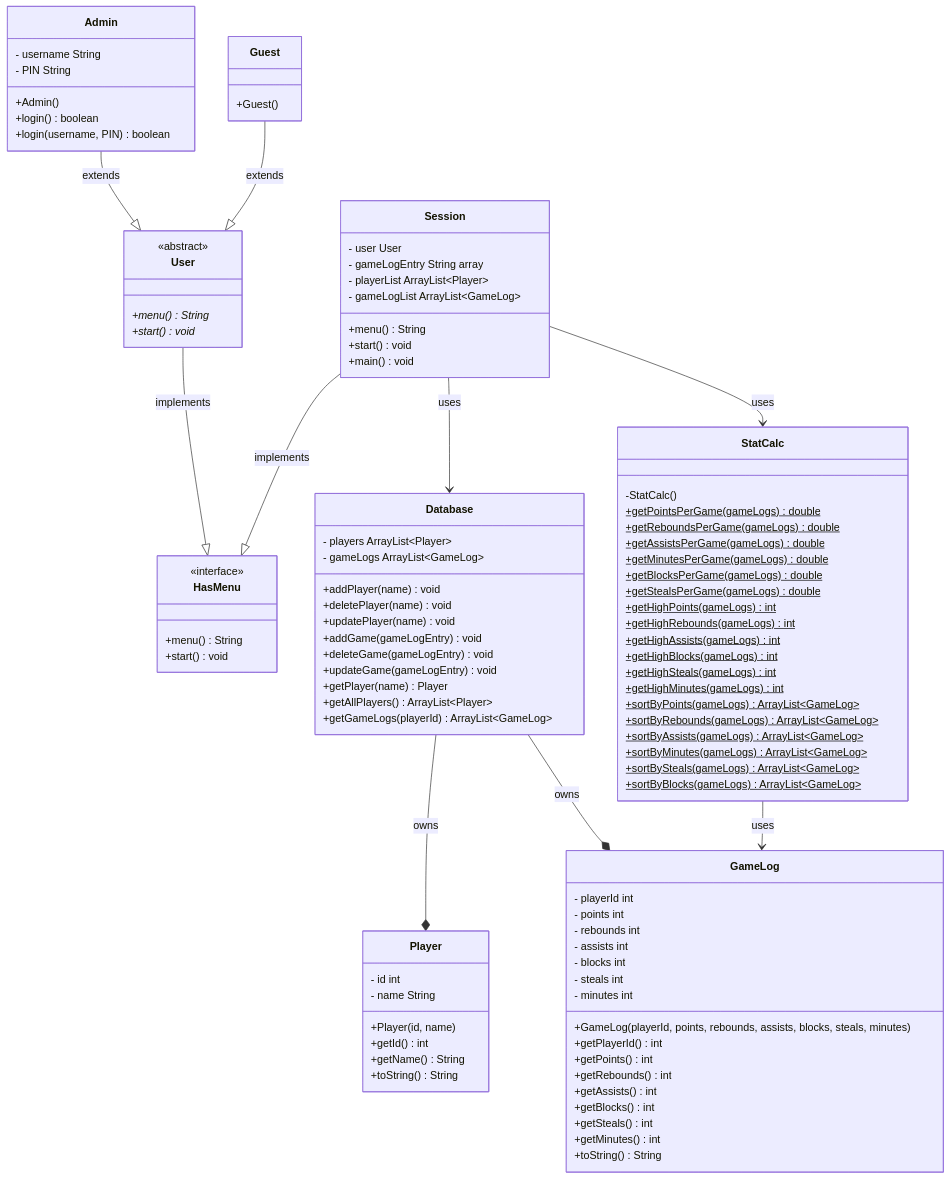
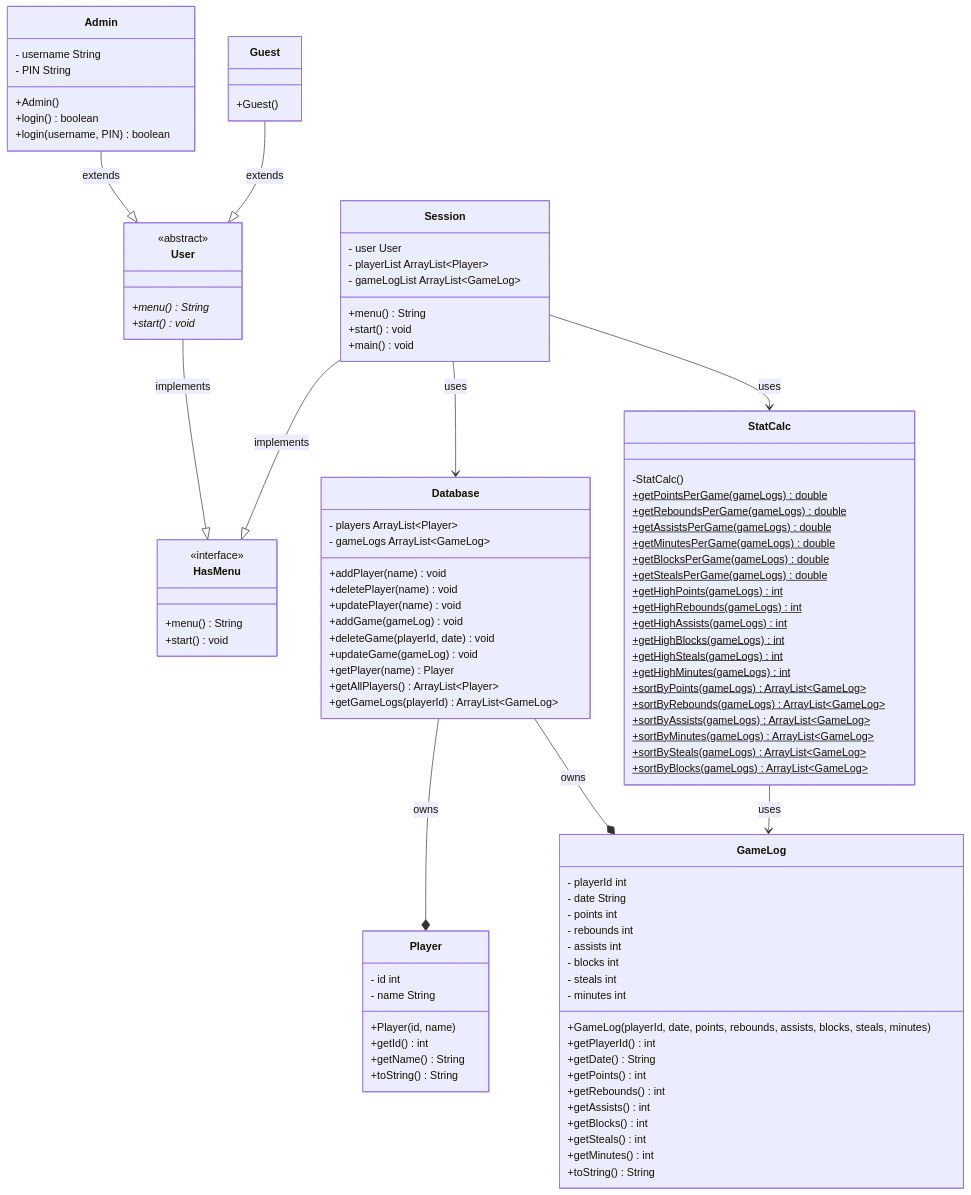
The diagram in README.md (tommym-r/cs121finalProject), drawn with Mermaid before and after one commit.

Commit message:
Update README.md
updating to be more consistent with the oop approach

```diff
--- a/README.md
+++ b/README.md
@@ -16,9 +16,9 @@
     +addPlayer(name) void
     +deletePlayer(name) void
     +updatePlayer(name) void
-    +addGame(gameLogEntry) void
-    +deleteGame(gameLogEntry) void
-    +updateGame(gameLogEntry) void
+    +addGame(gameLog) void
+    +deleteGame(playerId, date) void
+    +updateGame(gameLog) void
     +getPlayer(name) Player
     +getAllPlayers() ArrayList~Player~
     +getGameLogs(playerId) ArrayList~GameLog~
@@ -26,14 +26,16 @@
 
 class GameLog{
     - playerId int
+    - date String
     - points int
     - rebounds int
     - assists int
     - blocks int
     - steals int
     - minutes int
-    +GameLog(playerId, points, rebounds, assists, blocks, steals, minutes)
+    +GameLog(playerId, date, points, rebounds, assists, blocks, steals, minutes)
     +getPlayerId() int
+    +getDate() String
     +getPoints() int
     +getRebounds() int
     +getAssists() int
@@ -94,7 +96,6 @@
 
 class Session{
     - user User
-    - gameLogEntry String array
     - playerList ArrayList~Player~
     - gameLogList ArrayList~GameLog~
     +menu() String
```
